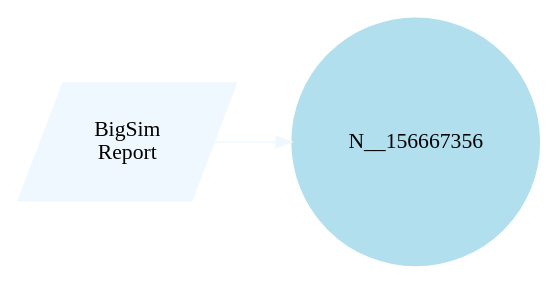
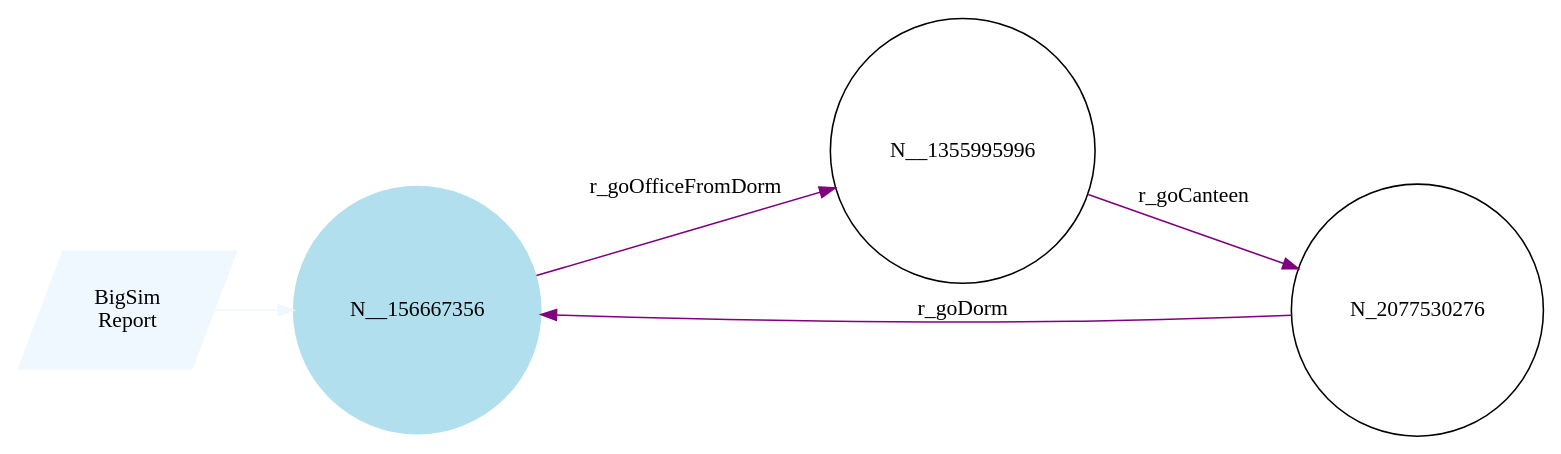
The diagram in Examples/Airport_513/results/123.dot (wangmin1409/BigSim), drawn with Graphviz before and after one commit. The commit also changed 4 other files, not shown here.

```diff
--- a/Examples/Airport_513/results/123.dot
+++ b/Examples/Airport_513/results/123.dot
@@ -1,10 +1,15 @@
 digraph reaction_graph {
    rankdir=LR;
    Node [shape = circle];
    BigSim_Report [shape = parallelogram color = aliceblue style=filled label="BigSim
 Report"];
 BigSim_Report -> N__156667356[color = aliceblue label = ""];
  N__156667356
  [shape=circle, color=lightblue2, style=filled];
+N_2077530276[ label="N_2077530276"];
+ N_2077530276 -> N__156667356[ color = purple label = "r_goDorm"];
 N__156667356[ label="N__156667356"];
+ N__156667356 -> N__1355995996[ color = purple label = "r_goOfficeFromDorm"];
+N__1355995996[ label="N__1355995996"];
+ N__1355995996 -> N_2077530276[ color = purple label = "r_goCanteen"];
 }
```
